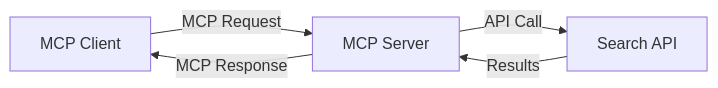
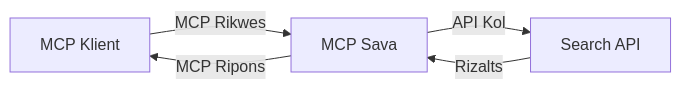
One commit to HIDORAKAI002/ai-workspace-archive changed the second of 4 diagrams in mcp_ecosystem__model_context_protocol/mcp_learning_resources/mcp-for-beginners/translations/pcm/05-AdvancedTopics/mcp-realtimesearch/README.md. Above: the diagram before and after it, drawn with Mermaid. The commit also changed other lines of this file and 1539 other files, not shown here.

````diff
--- a/mcp_ecosystem__model_context_protocol/mcp_learning_resources/mcp-for-beginners/translations/pcm/05-AdvancedTopics/mcp-realtimesearch/README.md
+++ b/mcp_ecosystem__model_context_protocol/mcp_learning_resources/mcp-for-beginners/translations/pcm/05-AdvancedTopics/mcp-realtimesearch/README.md
@@ -590,7 +598,7 @@
 ```mermaid
 graph LR
-    Client[MCP Client] --> |MCP Request| Server[MCP Server]
-    Server --> |API Call| SearchAPI[Search API]
-    SearchAPI --> |Results| Server
-    Server --> |MCP Response| Client
+    Client[MCP Klient] --> |MCP Rikwes| Server[MCP Sava]
+    Server --> |API Kol| SearchAPI[Search API]
+    SearchAPI --> |Rizalts| Server
+    Server --> |MCP Ripons| Client
 ```
````
